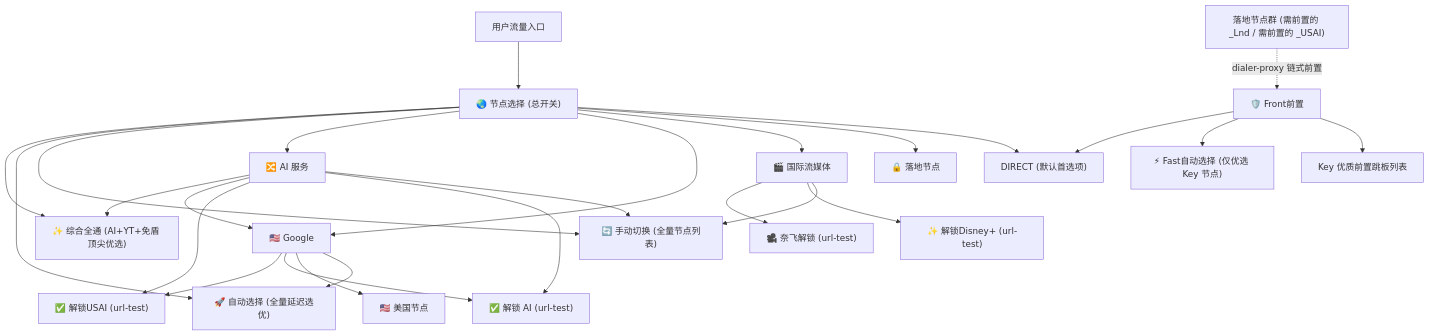
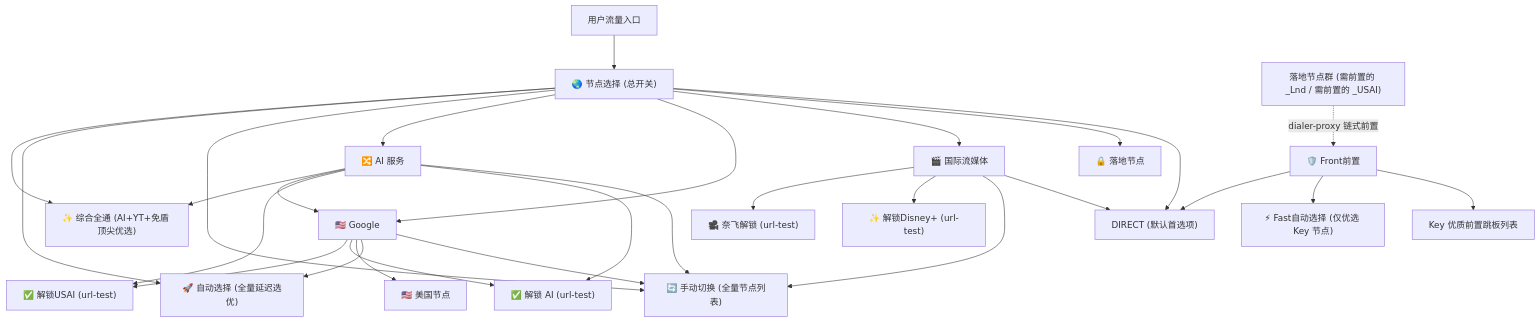
One commit to OUBIGFA/skills changed the diagram in proxy-service-probe/references/config-rendering.md. Above: the diagram before and after it, drawn with Mermaid. The commit also changed other lines of this file and 39 other files, not shown here.

````diff
--- a/proxy-service-probe/references/config-rendering.md
+++ b/proxy-service-probe/references/config-rendering.md
@@ -11,33 +11,35 @@
 ```mermaid
 flowchart TD
     Inbound["用户流量入口"] --> NodeSelect["🌏️ 节点选择 (总开关)"]
     
     NodeSelect --> Sparkle["✨️ 综合全通 (AI+YT+免盾 顶尖优选)"]
     NodeSelect --> AutoSelect["🚀 自动选择 (全量延迟选优)"]
     NodeSelect --> ManualSelect["🔄 手动切换 (全量节点列表)"]
     NodeSelect --> AIService["🔀 AI 服务"]
     NodeSelect --> Google["🇺🇸 Google"]
     NodeSelect --> Streaming["🎬 国际流媒体"]
     NodeSelect --> LandingGroup["🔒️ 落地节点"]
     NodeSelect --> Direct["DIRECT"]
 
     AIService --> Sparkle
     AIService --> Google
     AIService --> USAI["✅ 解锁USAI (url-test)"]
     AIService --> AIUnlock["✅ 解锁 AI (url-test)"]
     AIService --> ManualSelect
 
     Google --> USAI
     Google --> AIUnlock
     Google --> USNodes["🇺🇸 美国节点"]
     Google --> AutoSelect
+    Google --> ManualSelect
 
     Streaming --> NFUnlock["🎥 奈飞解锁 (url-test)"]
     Streaming --> DPUnlock["✨ 解锁Disney+ (url-test)"]
     Streaming --> ManualSelect
+    Streaming --> Direct
 
     LandingNodes["落地节点群 (需前置的 _Lnd / 需前置的 _USAI)"] -.->|dialer-proxy 链式前置| FrontGroup["🛡️ Front前置"]
     FrontGroup --> Direct["DIRECT (默认首选项)"]
     FrontGroup --> FastSelect["⚡ Fast自动选择 (仅优选 Key 节点)"]
     FrontGroup --> KeyNodes["Key 优质前置跳板列表"]
 ```
````
